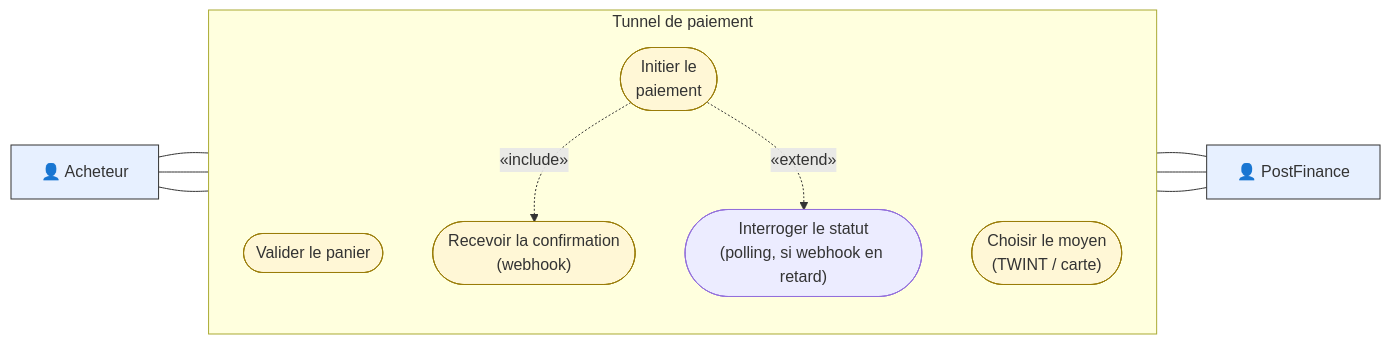
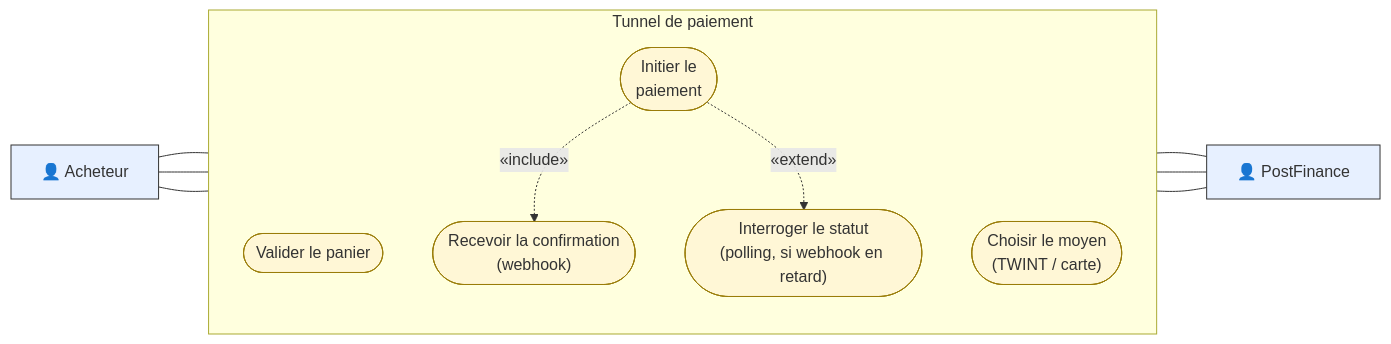
Before and after one commit to Visualstudiocodetest/caribooks: the diagram in diagrams/use_case_payment.mmd, drawn with Mermaid. The commit also changed 3 other files, not shown here.

First line of the commit message:
fix(diagrams): add missing google_id to MLD, fix unstyled polling node in use case

```diff
--- a/diagrams/use_case_payment.mmd
+++ b/diagrams/use_case_payment.mmd
@@ -1,26 +1,26 @@
 %% Diagramme des cas d'utilisation — Flux de paiement PostFinance
 flowchart LR
     ach["👤 Acheteur"]
     pf["👤 PostFinance"]
     subgraph S["Tunnel de paiement"]
         direction TB
         p1(["Valider le panier"])
         p2(["Choisir le moyen<br/>(TWINT / carte)"])
         p3(["Initier le<br/>paiement"])
         p4(["Recevoir la confirmation<br/>(webhook)"])
         p5(["Interroger le statut<br/>(polling, si webhook en retard)"])
     end
 
     ach --- p1
     ach --- p2
     ach --- p3
     p3 -. «include» .-> p4
     p3 -. «extend» .-> p5
     p3 --- pf
     p4 --- pf
     p5 --- pf
 
     classDef actor fill:#e7f0ff,stroke:#333;
     classDef uc fill:#fff7d6,stroke:#9a7d0a;
     class ach,pf actor;
-    class p1,p2,p3,p4 uc;
+    class p1,p2,p3,p4,p5 uc;
```
